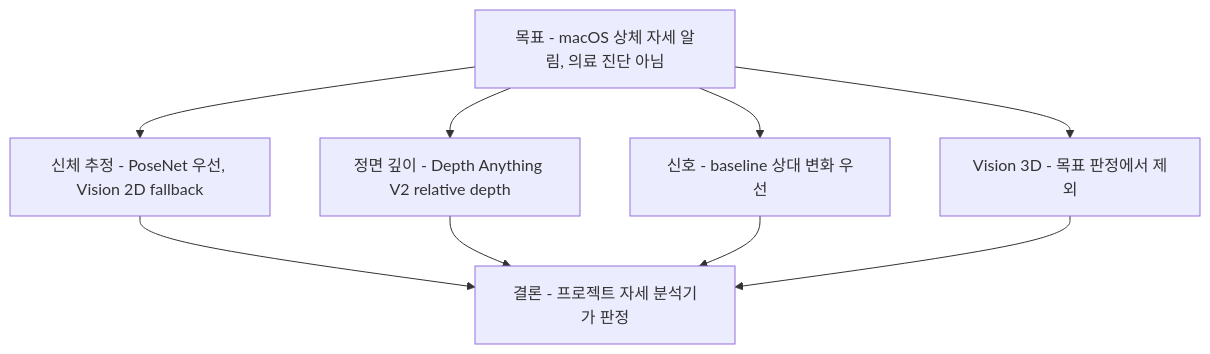
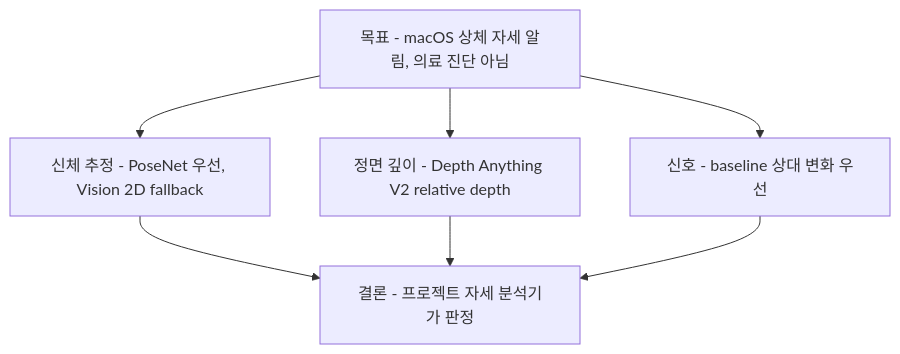
One commit to kimchanhyung98/turtlemeck changed the diagram in docs/algorithm/pose-estimation/README.md. Above: the diagram before and after it, drawn with Mermaid. The commit also changed other lines of this file and 84 other files, not shown here.

````diff
--- a/docs/algorithm/pose-estimation/README.md
+++ b/docs/algorithm/pose-estimation/README.md
@@ -16,12 +16,10 @@
 ```mermaid
 flowchart TD
     G["목표 - macOS 상체 자세 알림, 의료 진단 아님"]
     G --> D["정면 깊이 - Depth Anything V2 relative depth"]
     G --> M["신체 추정 - PoseNet 우선, Vision 2D fallback"]
     G --> S["신호 - baseline 상대 변화 우선"]
-    G --> P3["Vision 3D - 목표 판정에서 제외"]
     M --> C["결론 - 프로젝트 자세 분석기가 판정"]
     D --> C
     S --> C
-    P3 --> C
 ```
````
